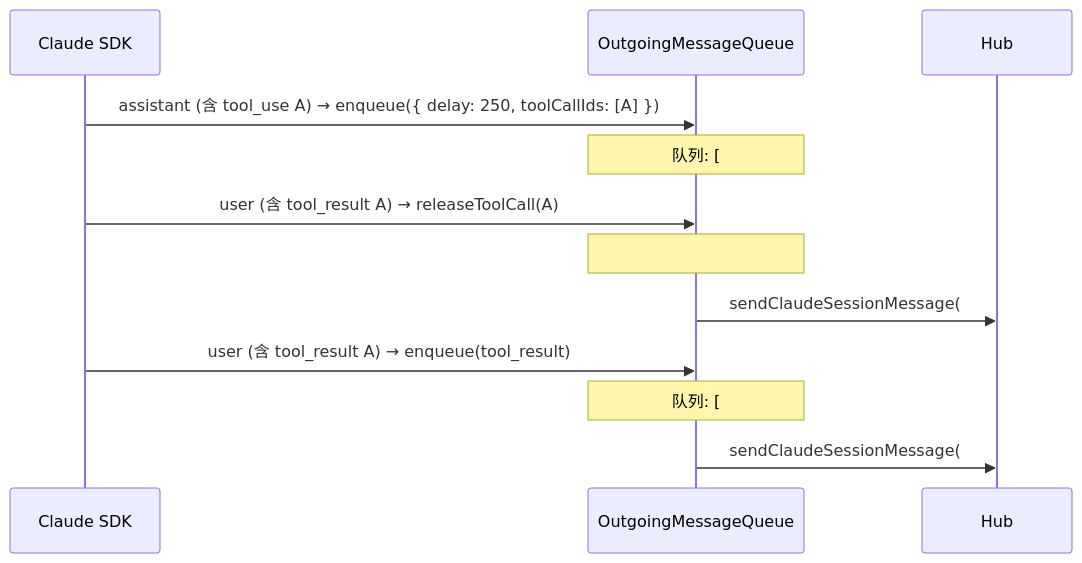
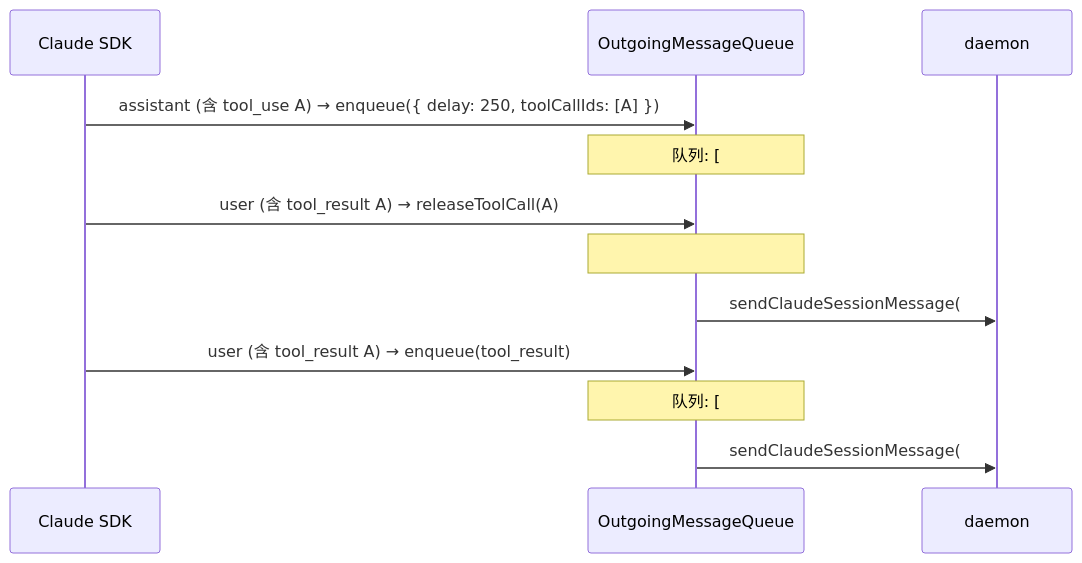
One commit to ModuBit/mobi changed the third of 5 diagrams in docs/architecture/cli/commands/claude/outgoing-message-queue.md. Above: the diagram before and after it, drawn with Mermaid. The commit also changed other lines of this file and 86 other files, not shown here.

````diff
--- a/docs/architecture/cli/commands/claude/outgoing-message-queue.md
+++ b/docs/architecture/cli/commands/claude/outgoing-message-queue.md
@@ -95,19 +95,19 @@
 ```mermaid
 sequenceDiagram
     participant SDK as Claude SDK
     participant Q as OutgoingMessageQueue
-    participant Hub as Hub
+    participant daemon as daemon
 
     SDK->>Q: assistant (含 tool_use A) → enqueue({ delay: 250, toolCallIds: [A] })
     Note over Q: 队列: [#1 delayed, waiting]
 
     SDK->>Q: user (含 tool_result A) → releaseToolCall(A)
     Note over Q: #1 released, processQueue() 发送
 
-    Q->>Hub: sendClaudeSessionMessage(#1)
+    Q->>daemon: sendClaudeSessionMessage(#1)
 
     SDK->>Q: user (含 tool_result A) → enqueue(tool_result)
     Note over Q: 队列: [#2 released, immediate]
 
-    Q->>Hub: sendClaudeSessionMessage(#2)
+    Q->>daemon: sendClaudeSessionMessage(#2)
 ```
````
